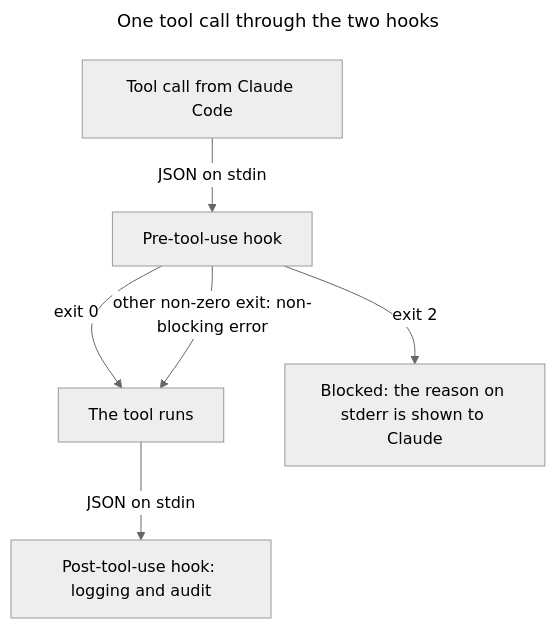
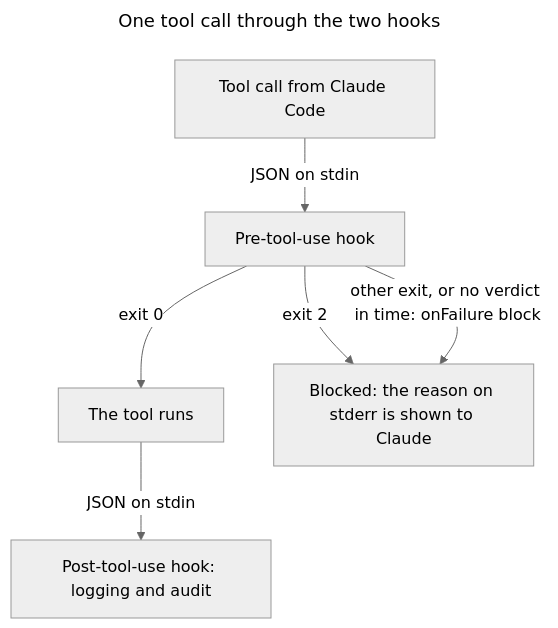
One commit to synaptiai/agent-capability-standard changed the first of 3 diagrams in hooks/README.md. Above: the diagram before and after it, drawn with Mermaid (neutral theme). The commit also changed other lines of this file and 23 other files, not shown here.

````diff
--- a/hooks/README.md
+++ b/hooks/README.md
@@ -25,12 +25,12 @@
 ```mermaid
 ---
 title: One tool call through the two hooks
 ---
 flowchart TB
-  accDescr: Claude Code passes each tool call as JSON on stdin to the pre-tool-use hook; exit 0 lets the tool run, exit 2 blocks it with the reason shown to Claude, and any other non-zero exit is a non-blocking error after which the tool still runs; after the tool runs, whether it succeeded or failed, the post-tool-use hook logs it.
+  accDescr: Claude Code passes each tool call as JSON on stdin to the pre-tool-use hook; exit 0 lets the tool run, exit 2 blocks it with the reason shown to Claude, and any other non-zero exit, or no verdict in time, is a failure, which blocks the call because hooks.json sets onFailure to block (a Claude Code without that setting runs the tool); after the tool runs, whether it succeeded or failed, the post-tool-use hook logs it.
   call[Tool call from Claude Code] -->|JSON on stdin| pre[Pre-tool-use hook]
   pre -->|exit 0| run[The tool runs]
-  pre -->|other non-zero exit: non-blocking error| run
   pre -->|exit 2| block["Blocked: the reason on stderr is shown to Claude"]
+  pre -->|"other exit, or no verdict in time: onFailure block"| block
   run -->|JSON on stdin| post["Post-tool-use hook: logging and audit"]
 ```
````
